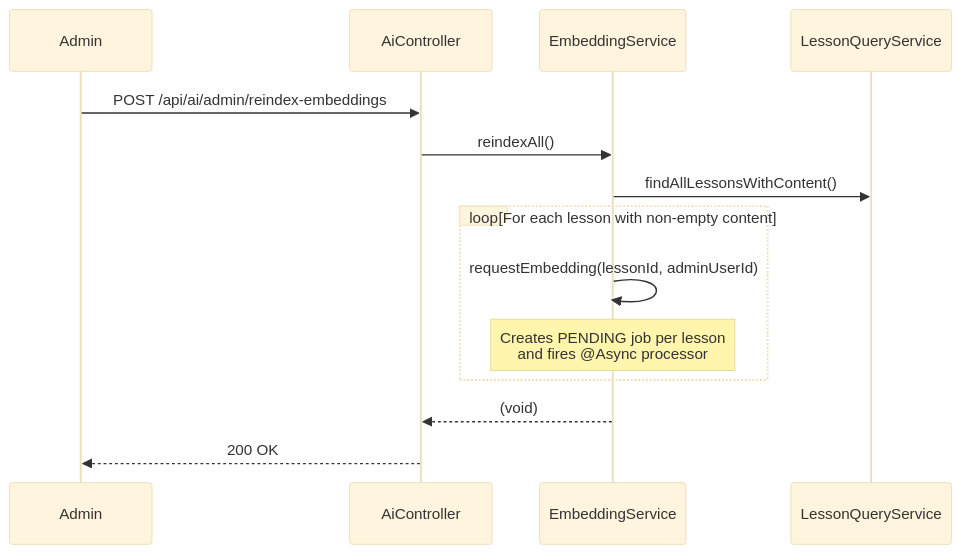
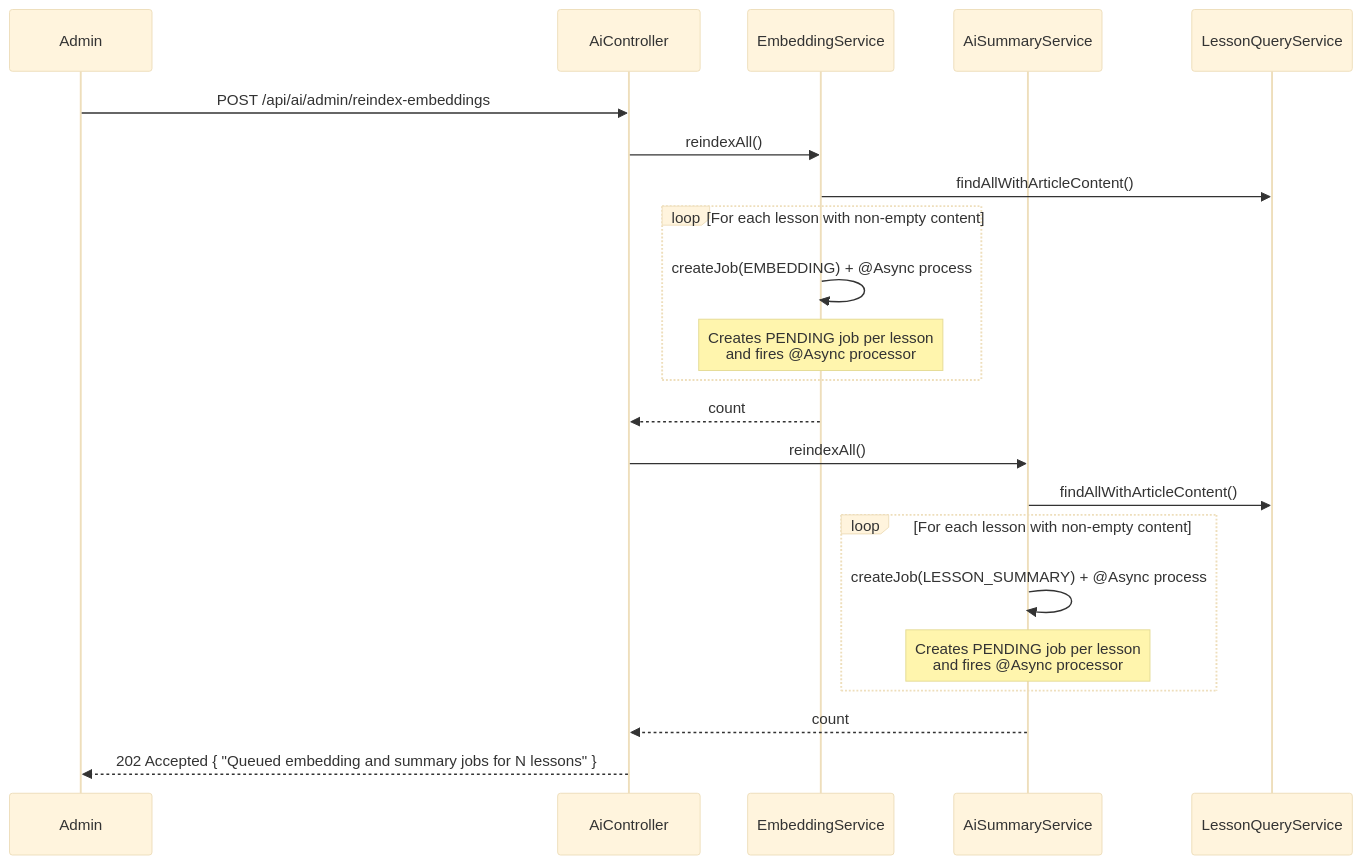
Before and after one commit to HuuLocFIT/EduMind: the seventh of 15 diagrams in docs/workflows/ai_workflows.md, drawn with Mermaid (base theme). The commit also changed other lines of this file and 3 other files, not shown here.

````diff
--- a/docs/workflows/ai_workflows.md
+++ b/docs/workflows/ai_workflows.md
@@ -468,17 +468,25 @@
 ```mermaid
 sequenceDiagram
     participant Admin
     participant Controller as AiController
     participant EmbeddingService
+    participant SummaryService as AiSummaryService
     participant LessonQueryService
 
     Admin->>Controller: POST /api/ai/admin/reindex-embeddings
     Controller->>EmbeddingService: reindexAll()
-    EmbeddingService->>LessonQueryService: findAllLessonsWithContent()
+    EmbeddingService->>LessonQueryService: findAllWithArticleContent()
     loop For each lesson with non-empty content
-        EmbeddingService->>EmbeddingService: requestEmbedding(lessonId, adminUserId)
+        EmbeddingService->>EmbeddingService: createJob(EMBEDDING) + @Async process
         Note over EmbeddingService: Creates PENDING job per lesson<br/>and fires @Async processor
     end
-    EmbeddingService-->>Controller: (void)
-    Controller-->>Admin: 200 OK
+    EmbeddingService-->>Controller: count
+    Controller->>SummaryService: reindexAll()
+    SummaryService->>LessonQueryService: findAllWithArticleContent()
+    loop For each lesson with non-empty content
+        SummaryService->>SummaryService: createJob(LESSON_SUMMARY) + @Async process
+        Note over SummaryService: Creates PENDING job per lesson<br/>and fires @Async processor
+    end
+    SummaryService-->>Controller: count
+    Controller-->>Admin: 202 Accepted { "Queued embedding and summary jobs for N lessons" }
 ```
````
